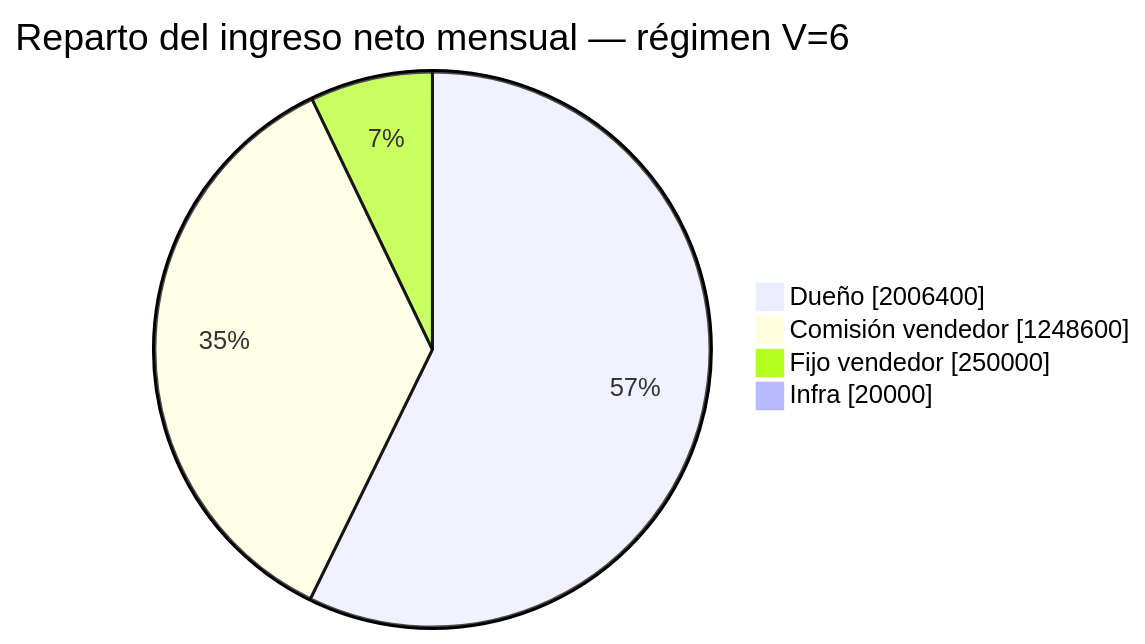
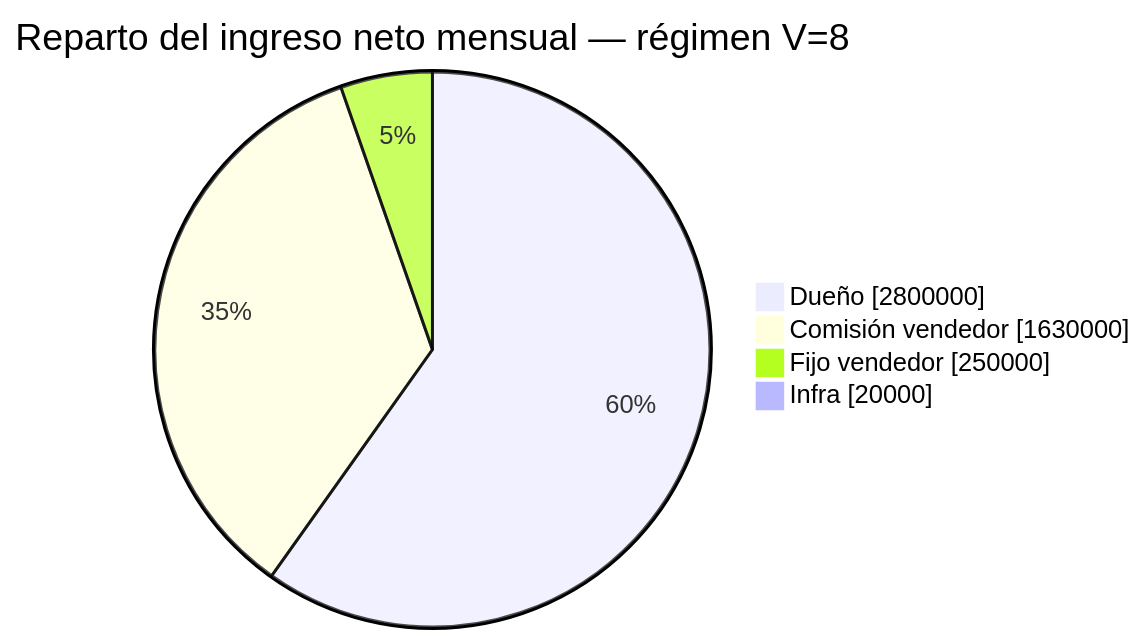
The third of 3 diagrams in vinotecas/lsp-vendedor.md (dantofema/comercial), drawn with Mermaid before and after one commit. The commit also changed other lines of this file, not shown here.

First line of the commit message:
docs(vinotecas): lsp-vendedor con comision 50/25 y V=8

````diff
--- a/vinotecas/lsp-vendedor.md
+++ b/vinotecas/lsp-vendedor.md
@@ -159,8 +155,8 @@
 ```mermaid
 pie showData
-    title Reparto del ingreso neto mensual — régimen V=6
-    "Dueño" : 2006400
-    "Comisión vendedor" : 1248600
+    title Reparto del ingreso neto mensual — régimen V=8
+    "Dueño" : 2800000
+    "Comisión vendedor" : 1630000
     "Fijo vendedor" : 250000
     "Infra" : 20000
 ```
````
